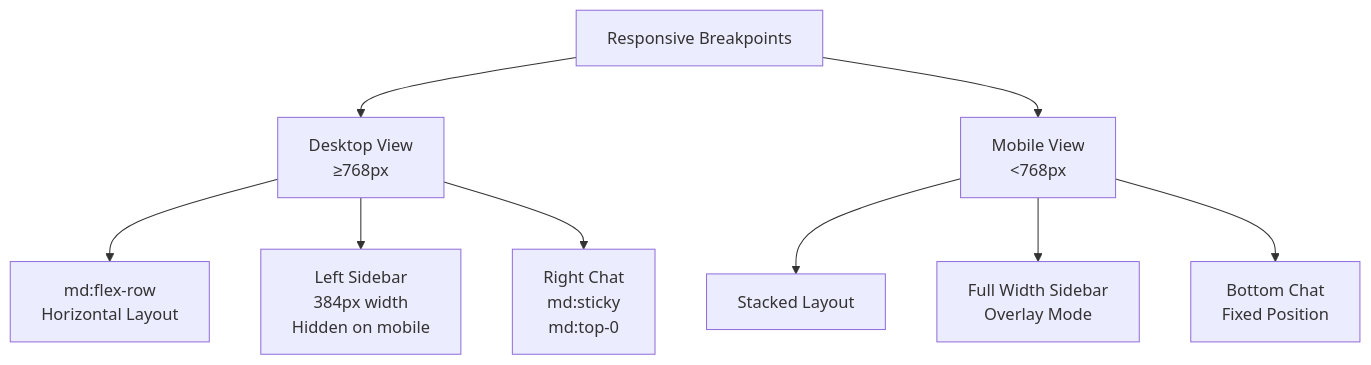
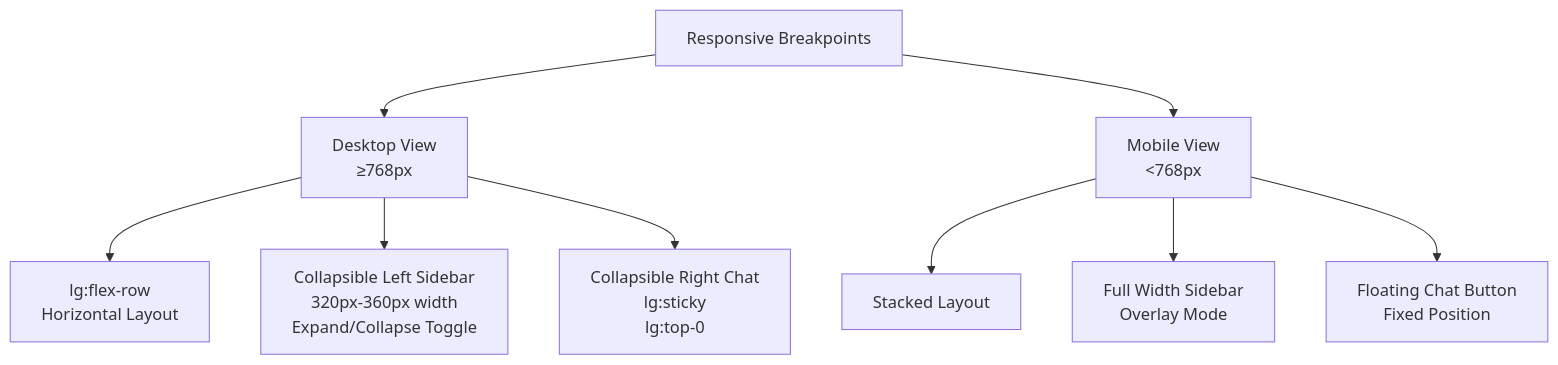
Before and after one commit to peixuanhu/goal-mate: the eighth of 15 diagrams in .qoder/repowiki/en/content/Frontend Architecture/Main Layout System.md, drawn with Mermaid. The commit also changed other lines of this file and 14 other files, not shown here.

First line of the commit message:
feat(layout): enhance main layout with mobile drawer and responsive quadrants

````diff
--- a/.qoder/repowiki/en/content/Frontend Architecture/Main Layout System.md
+++ b/.qoder/repowiki/en/content/Frontend Architecture/Main Layout System.md
@@ -337,11 +352,11 @@
 ```mermaid
 flowchart TD
-Desktop[Desktop View<br/>≥768px] --> FlexRow[md:flex-row<br/>Horizontal Layout]
-Desktop --> FixedSidebar[Left Sidebar<br/>384px width<br/>Hidden on mobile]
-Desktop --> StickyChat[Right Chat<br/>md:sticky<br/>md:top-0]
+Desktop[Desktop View<br/>≥768px] --> FlexRow[lg:flex-row<br/>Horizontal Layout]
+Desktop --> CollapsibleSidebar[Collapsible Left Sidebar<br/>320px-360px width<br/>Expand/Collapse Toggle]
+Desktop --> StickyChat[Collapsible Right Chat<br/>lg:sticky<br/>lg:top-0]
 Mobile[Mobile View<br/><768px] --> StackLayout[Stacked Layout]
 Mobile --> FullWidthSidebar[Full Width Sidebar<br/>Overlay Mode]
-Mobile --> BottomChat[Bottom Chat<br/>Fixed Position]
+Mobile --> BottomChat[Floating Chat Button<br/>Fixed Position]
 Responsive[Responsive Breakpoints] --> Desktop
 Responsive --> Mobile
 ```
````
